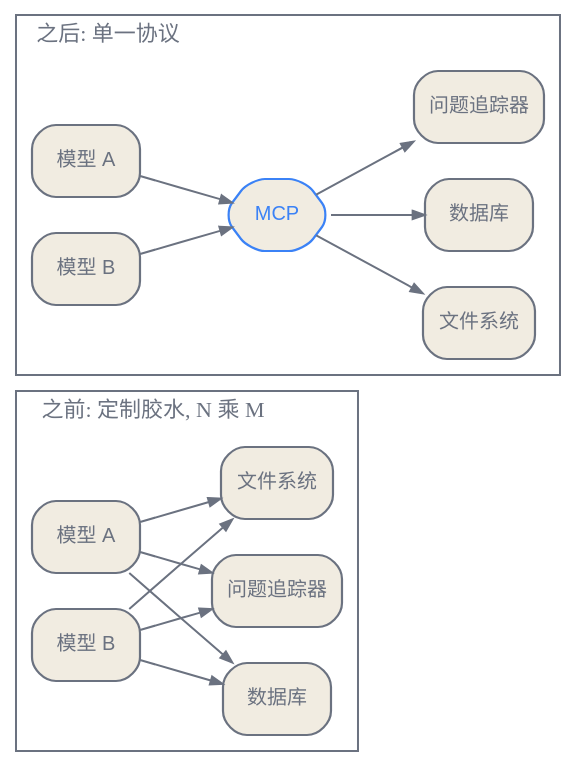
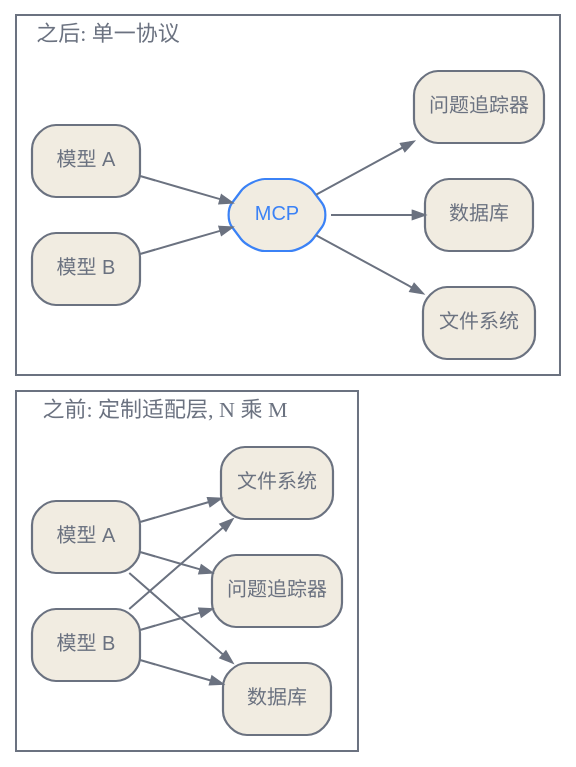
One commit to latere-ai/ai-as-an-infrastructure changed the second of 3 diagrams in zh/orchestration/08-context-engineering.qmd. Above: the diagram before and after it, drawn with Graphviz. The commit also changed other lines of this file and 9 other files, not shown here.

````diff
--- a/zh/orchestration/08-context-engineering.qmd
+++ b/zh/orchestration/08-context-engineering.qmd
@@ -120,27 +120,27 @@
 ```{dot}
 //| label: fig-ce-mcp
-//| fig-cap: "从 N 乘 M 的集成网格到单一协议。MCP 用一套两侧各说一次的标准，取代逐对定制的胶水，源自 Anthropic（2024）。"
+//| fig-cap: "从 N 乘 M 的集成网格到单一协议。MCP 用一套两侧各说一次的标准，取代逐对定制的适配层，源自 Anthropic（2024）。"
 digraph mcp {
   rankdir=LR;
   bgcolor="transparent";
   node [shape=box, style="rounded,filled", fontsize=10, fontname="Helvetica", fillcolor="#f1ece1", color="#6b7280", fontcolor="#6b7280", penwidth=1.1];
   edge [color="#6b7280", fontcolor="#6b7280", arrowsize=0.6];
 
   subgraph cluster_before {
-    label="之前: 定制胶水, N 乘 M"; labeljust=l; color="#6b7280"; fontcolor="#6b7280"; fontsize=11;
+    label="之前: 定制适配层, N 乘 M"; labeljust=l; color="#6b7280"; fontcolor="#6b7280"; fontsize=11;
     mA [label="模型 A"]; mB [label="模型 B"];
     sA [label="文件系统"]; sB [label="数据库"]; sC [label="问题追踪器"];
     mA -> sA; mA -> sB; mA -> sC;
     mB -> sA; mB -> sB; mB -> sC;
   }
 
   subgraph cluster_after {
     label="之后: 单一协议"; labeljust=l; color="#6b7280"; fontcolor="#6b7280"; fontsize=11;
     m2A [label="模型 A"]; m2B [label="模型 B"];
     hub [label="MCP", shape=hexagon, color="#3b82f6", fontcolor="#3b82f6"];
     s2A [label="文件系统"]; s2B [label="数据库"]; s2C [label="问题追踪器"];
     m2A -> hub; m2B -> hub;
     hub -> s2A; hub -> s2B; hub -> s2C;
   }
 }
 ```
````
